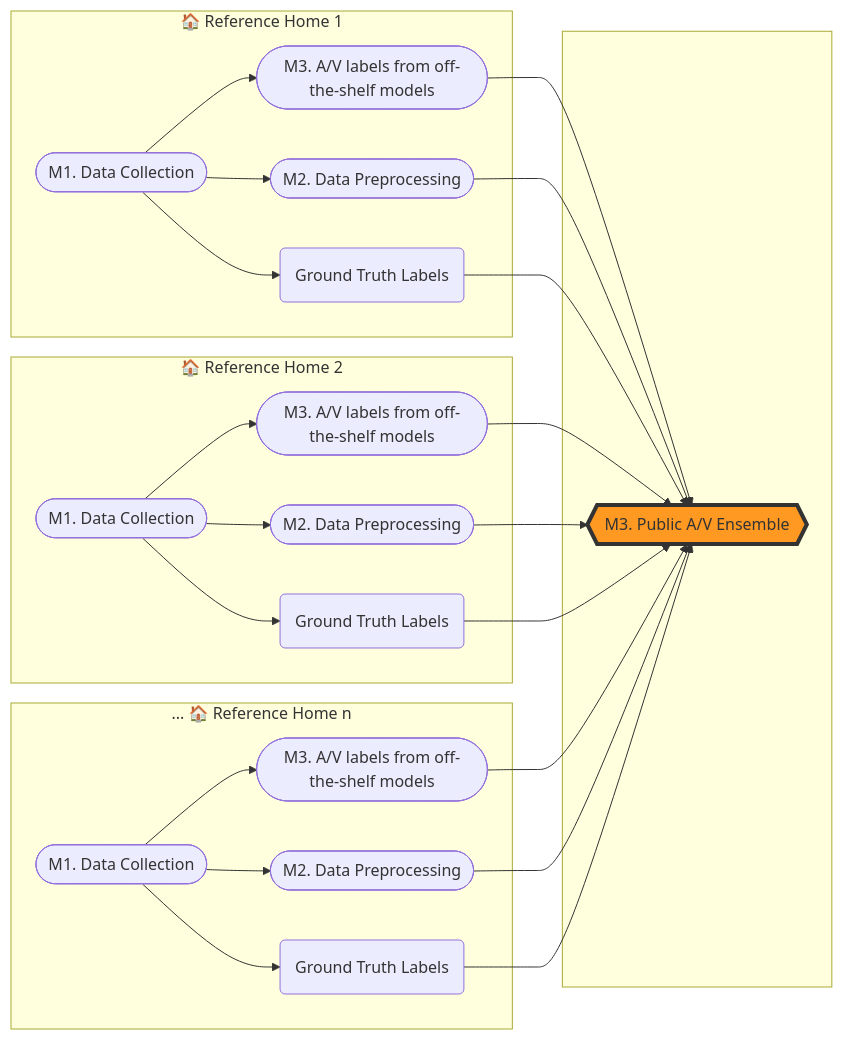
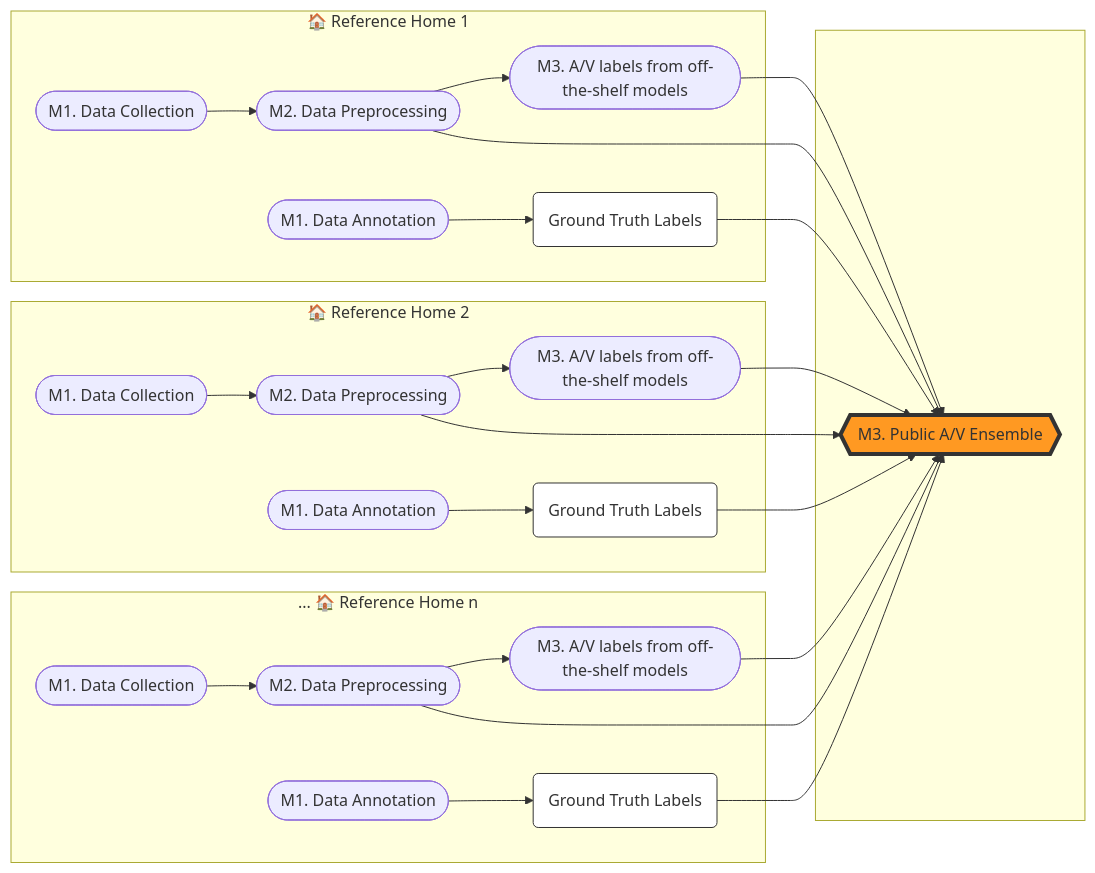
The second of 2 diagrams in README.md (synergylabs/vax), drawn with Mermaid before and after one commit. The commit also changed other lines of this file, not shown here.

Commit message:
Outer readme styling updates for mermaid flowcharts

````diff
--- a/README.md
+++ b/README.md
@@ -85,36 +87,42 @@
 ```mermaid
 %%{init: {"flowchart": {"htmlLabels": false}} }%%
 flowchart LR
     Home1(["M1. Data Collection"])
+    Home1a(["M1. Data Annotation"])
     AV1(["M3. A/V labels from off-the-shelf models"])
     DP1(["M2. Data Preprocessing"])
     Home2(["M1. Data Collection"])
+    Home2a(["M1. Data Annotation"])
     AV2(["M3. A/V labels from off-the-shelf models"])
     DP2(["M2. Data Preprocessing"])
     Homen(["M1. Data Collection"])
+    Homena(["M1. Data Annotation"])
     AVn(["M3. A/V labels from off-the-shelf models"])
     DPn(["M2. Data Preprocessing"])
     avmodule{{M3. Public A/V Ensemble}}
     style avmodule fill:#f92,stroke:#333,stroke-width:4px
     gt1(Ground Truth Labels)
+    style gt1 fill:#fff,stroke:#333,stroke-width:1px
     gt2(Ground Truth Labels)
+    style gt2 fill:#fff,stroke:#333,stroke-width:1px
     gtn(Ground Truth Labels)
+    style gtn fill:#fff,stroke:#333,stroke-width:1px
     subgraph ""  
       avmodule
     end
     subgraph "🏠 Reference Home 1"  
-      Home1 --> AV1 --> avmodule
-      Home1 --> DP1 --> avmodule
-      Home1 --> gt1 --> avmodule
+      Home1 --> DP1 --> AV1 --> avmodule
+      DP1 --> avmodule
+      Home1a --> gt1 --> avmodule
     end
     subgraph "🏠 Reference Home 2"  
-      Home2 --> AV2 --> avmodule
-      Home2 --> DP2 --> avmodule
-      Home2 --> gt2 --> avmodule
+      Home2 --> DP2 --> AV2 --> avmodule
+      DP2 --> avmodule
+      Home2a --> gt2 --> avmodule
     end
     subgraph "... 🏠 Reference Home n"  
-      Homen --> AVn --> avmodule
-      Homen --> DPn --> avmodule
-      Homen --> gtn --> avmodule
+      Homen --> DPn --> AVn --> avmodule
+      DPn --> avmodule
+      Homena --> gtn --> avmodule
     end
 ```
````
